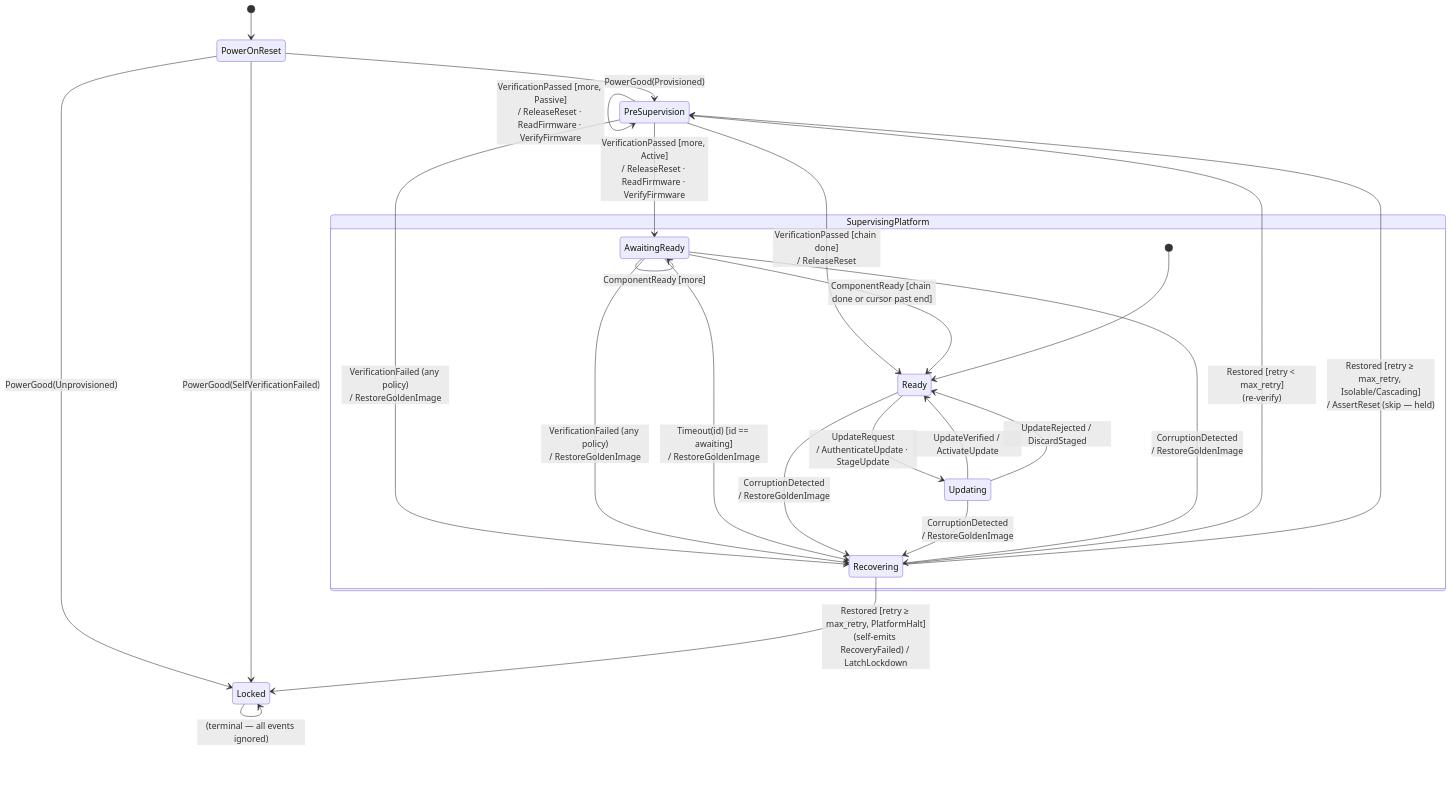
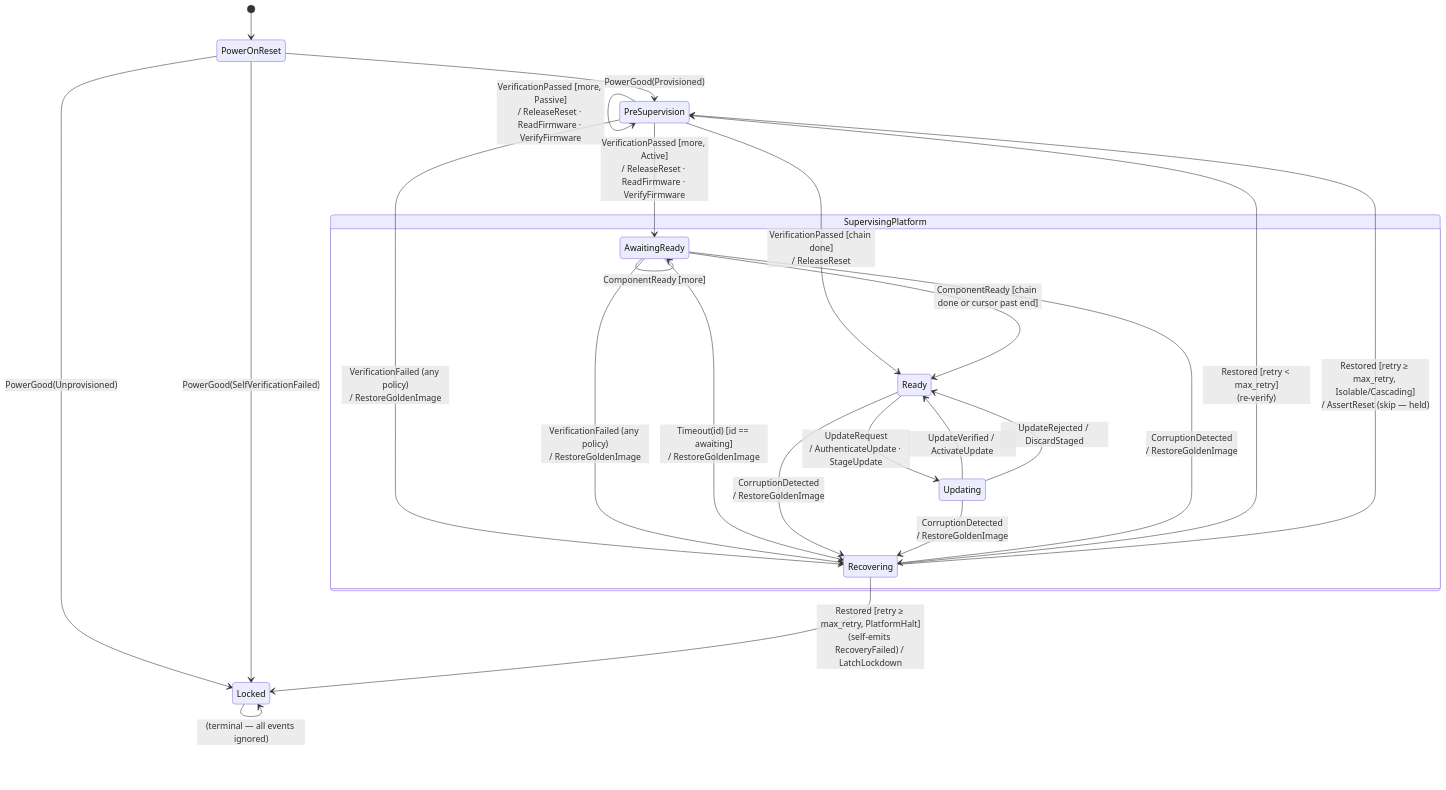
One commit to rusty1968/openprot changed the diagram in docs/src/design/orchestrator/orchestrator-machine.md. Above: the diagram before and after it, drawn with Mermaid.

Commit message:
Remove misleading pseudostate

````diff
--- a/docs/src/design/orchestrator/orchestrator-machine.md
+++ b/docs/src/design/orchestrator/orchestrator-machine.md
@@ -7,34 +7,33 @@
 ```mermaid
 stateDiagram-v2
     [*] --> PowerOnReset
 
     PowerOnReset --> PreSupervision : PowerGood(Provisioned)
     PowerOnReset --> Locked             : PowerGood(Unprovisioned)
     PowerOnReset --> Locked             : PowerGood(SelfVerificationFailed)
 
     PreSupervision --> PreSupervision : VerificationPassed [more, Passive]<br/>/ ReleaseReset · ReadFirmware · VerifyFirmware
     PreSupervision --> AwaitingReady     : VerificationPassed [more, Active]<br/>/ ReleaseReset · ReadFirmware · VerifyFirmware
     PreSupervision --> Ready             : VerificationPassed [chain done]<br/>/ ReleaseReset
     PreSupervision --> Recovering        : VerificationFailed (any policy)<br/>/ RestoreGoldenImage
 
     AwaitingReady --> AwaitingReady : VerificationPassed [more]<br/>/ ReleaseReset · ReadFirmware · VerifyFirmware
     AwaitingReady --> Ready         : ComponentReady [chain done or cursor past end]
     AwaitingReady --> AwaitingReady : ComponentReady [more]
     AwaitingReady --> Recovering    : VerificationFailed (any policy)<br/>/ RestoreGoldenImage
     AwaitingReady --> Recovering    : Timeout(id) [id == awaiting]<br/>/ RestoreGoldenImage
 
     state SupervisingPlatform {
-        [*]           --> Ready
         Ready         --> Updating      : UpdateRequest<br/>/ AuthenticateUpdate · StageUpdate
         Updating      --> Ready         : UpdateVerified / ActivateUpdate
         Updating      --> Ready         : UpdateRejected / DiscardStaged
         Ready         --> Recovering    : CorruptionDetected<br/>/ RestoreGoldenImage
         Updating      --> Recovering    : CorruptionDetected<br/>/ RestoreGoldenImage
         AwaitingReady --> Recovering    : CorruptionDetected<br/>/ RestoreGoldenImage
     }
 
     Recovering --> PreSupervision : Restored [retry < max_retry]<br/>(re-verify)
     Recovering --> PreSupervision : Restored [retry ≥ max_retry, Isolable/Cascading]<br/>/ AssertReset (skip — held)
     Recovering --> Locked    : Restored [retry ≥ max_retry, PlatformHalt]<br/>(self-emits RecoveryFailed) / LatchLockdown
     Locked     --> Locked    : (terminal — all events ignored)
 ```
````
